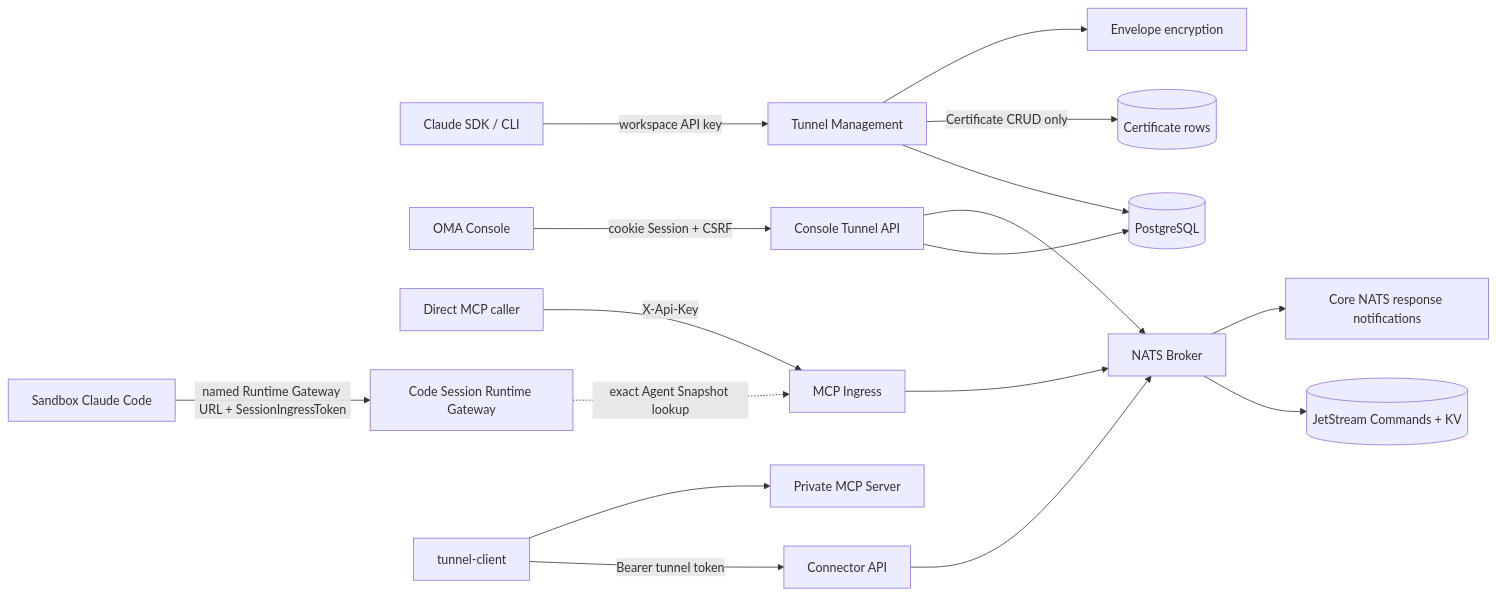
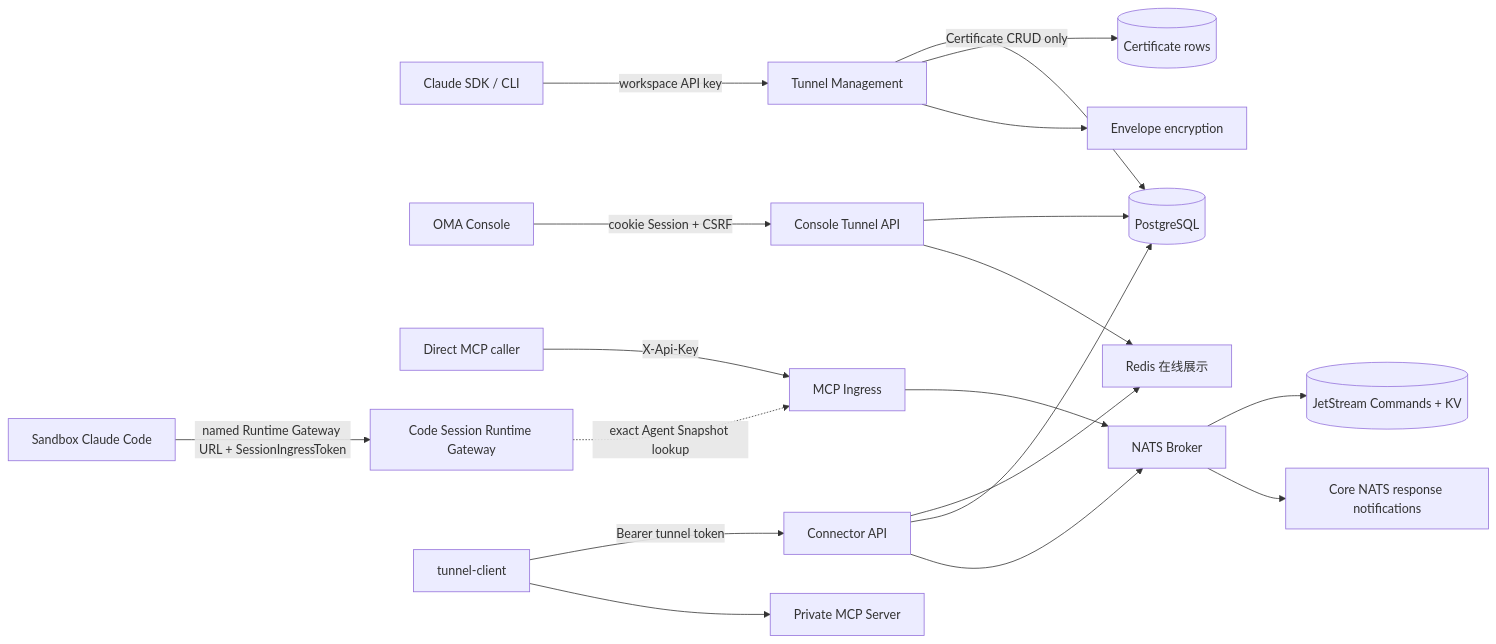
One commit to superduck-ai/open-managed-agents changed the first of 4 diagrams in docs/design/be/mcp-tunnels.md. Above: the diagram before and after it, drawn with Mermaid. The commit also changed other lines of this file and 60 other files, not shown here.

````diff
--- a/docs/design/be/mcp-tunnels.md
+++ b/docs/design/be/mcp-tunnels.md
@@ -44,19 +44,21 @@
 ```mermaid
 flowchart LR
     SDK[Claude SDK / CLI] -->|workspace API key| Management[Tunnel Management]
     Web[OMA Console] -->|cookie Session + CSRF| ConsoleAPI[Console Tunnel API]
     Caller[Direct MCP caller] -->|X-Api-Key| Ingress[MCP Ingress]
     Agent[Sandbox Claude Code] -->|named Runtime Gateway URL + SessionIngressToken| RuntimeGateway[Code Session Runtime Gateway]
     RuntimeGateway -. exact Agent Snapshot lookup .-> Ingress
     Management --> DB[(PostgreSQL)]
     Management -->|Certificate CRUD only| CertificateStore[(Certificate rows)]
     ConsoleAPI --> DB
-    ConsoleAPI --> Broker
+    ConsoleAPI --> Presence[Redis 在线展示]
+    ConnectorAPI --> Presence
+    ConnectorAPI --> DB
     Management --> Secrets[Envelope encryption]
     Ingress --> Broker[NATS Broker]
     Connector[tunnel-client] -->|Bearer tunnel token| ConnectorAPI[Connector API]
     ConnectorAPI --> Broker
     Broker --> JetStream[(JetStream Commands + KV)]
     Broker --> Core[Core NATS response notifications]
     Connector --> PrivateMCP[Private MCP Server]
 ```
````
